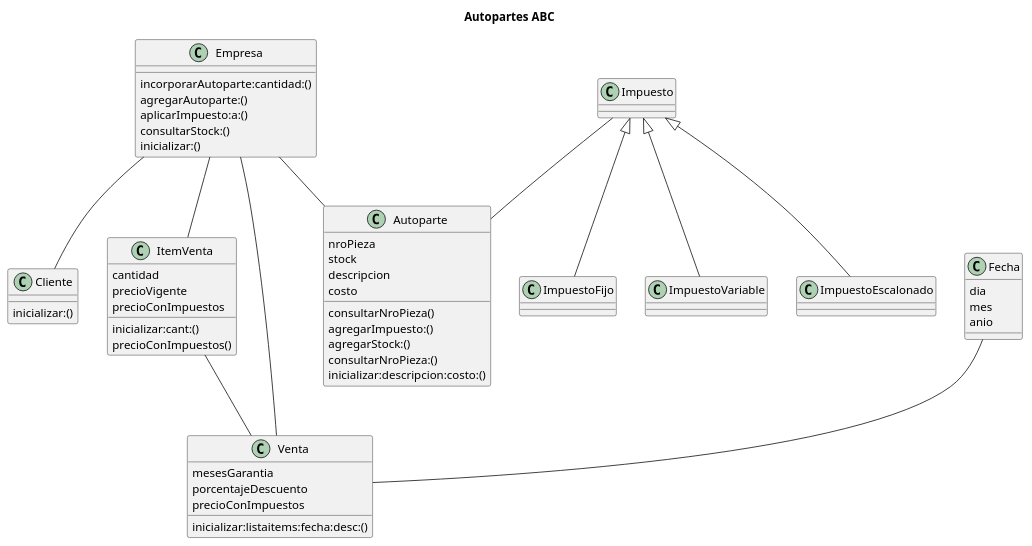
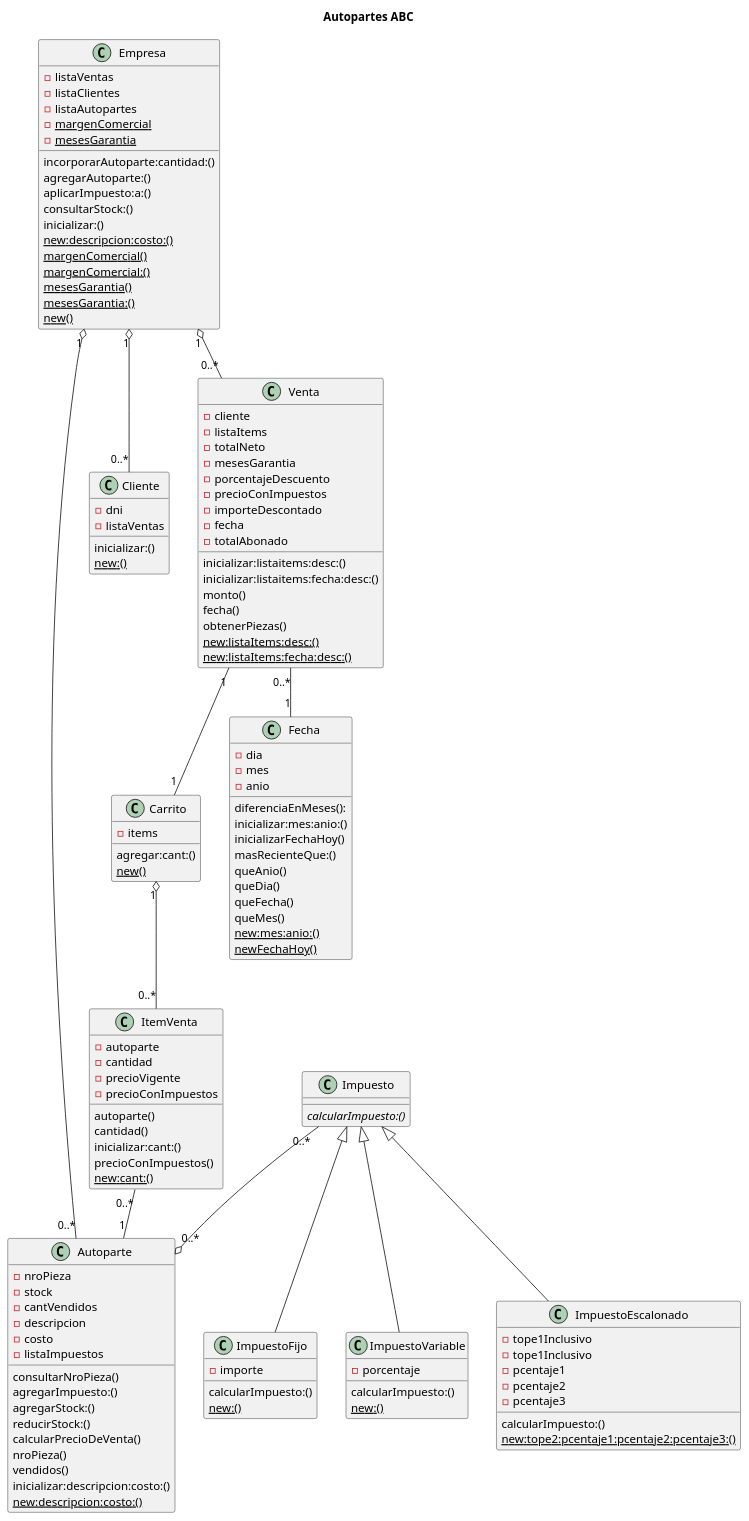
Before and after one commit to fideldalmasso/paradigmas: the diagram in diagrama.puml, drawn with PlantUML. The commit also changed 1 other file, not shown here.

Commit message:
actualiza diagrama

```diff
--- a/diagrama.puml
+++ b/diagrama.puml
@@ -1,73 +1,150 @@
 @startuml
 
 title Autopartes ABC
-
+' skinparam linetype ortho
 
 class Empresa {
+-listaVentas
+-listaClientes
+-listaAutopartes
+-{static}margenComercial
+-{static}mesesGarantia
 incorporarAutoparte:cantidad:()
 agregarAutoparte:()
 aplicarImpuesto:a:()
 consultarStock:()
 inicializar:()
+{static}new:descripcion:costo:()
+{static}margenComercial()
+{static}margenComercial:()
+{static}mesesGarantia()
+{static}mesesGarantia:()
+{static}new()
+
 }
 
 class Autoparte {
-nroPieza
-stock 
-descripcion
-costo
+-nroPieza
+-stock
+-cantVendidos 
+-descripcion
+-costo
+-listaImpuestos
+
 consultarNroPieza()
 agregarImpuesto:()
 agregarStock:()
-consultarNroPieza:()
+reducirStock:()
+calcularPrecioDeVenta()
+nroPieza()
+vendidos()
 inicializar:descripcion:costo:()
+{static}new:descripcion:costo:()
+
 }
 
 class Cliente {
+-dni
+-listaVentas
 inicializar:()
+{static}new:()
 }
 
+class Carrito {
+-items
+agregar:cant:()
+{static}new()
+}
+
+
 class ItemVenta {
-cantidad
-precioVigente
-precioConImpuestos
+-autoparte
+-cantidad
+-precioVigente
+-precioConImpuestos
+autoparte()
+cantidad()
 inicializar:cant:()
 precioConImpuestos()
+{static}new:cant:()
 }
 
 class Venta {
-mesesGarantia
-porcentajeDescuento
-precioConImpuestos
+-cliente
+-listaItems
+-totalNeto
+-mesesGarantia
+-porcentajeDescuento
+-precioConImpuestos
+-importeDescontado
+-fecha
+-totalAbonado
+inicializar:listaitems:desc:()
 inicializar:listaitems:fecha:desc:()
+monto()
+fecha()
+obtenerPiezas()
+{static}new:listaItems:desc:()
+{static}new:listaItems:fecha:desc:()
+
 }
 
 class Fecha {
-dia
-mes
-anio
+-dia
+-mes
+-anio
+diferenciaEnMeses():
+inicializar:mes:anio:()
+inicializarFechaHoy()
+masRecienteQue:()
+queAnio()
+queDia()
+queFecha()
+queMes()
+{static}new:mes:anio:()
+{static}newFechaHoy()
 }
 
 class Impuesto{
-
+{abstract}calcularImpuesto:()
 }
 
-class ImpuestoFijo
-class ImpuestoVariable
-class ImpuestoEscalonado
+class ImpuestoFijo{
+-importe
+calcularImpuesto:()
+{static}new:()
+}
+
+class ImpuestoVariable{
+-porcentaje
+calcularImpuesto:()
+{static}new:()
+}
+
+class ImpuestoEscalonado{
+-tope1Inclusivo 
+-tope1Inclusivo
+-pcentaje1 
+-pcentaje2
+-pcentaje3
+calcularImpuesto:()
+{static}new:tope2:pcentaje1:pcentaje2:pcentaje3:()
+}
 
 
 
-Empresa -- Autoparte
-Empresa -- Cliente
-Empresa -- ItemVenta
-Empresa -- Venta
-ItemVenta -- Venta
-Fecha -- Venta
+Empresa "1" o-- "0..*" Autoparte
+Empresa "1" o-- "0..*" Cliente
+Empresa "1" o-- "0..*" Venta
+Venta "1" -- "1" Carrito
+Carrito "1" o-- "0..*" ItemVenta
+ItemVenta "0..*" -- "1" Autoparte
+Venta "0..*" -- "1"  Fecha
 Impuesto  <|-- ImpuestoFijo
 Impuesto  <|-- ImpuestoVariable
 Impuesto  <|-- ImpuestoEscalonado
-Impuesto  -- Autoparte
+Impuesto  "0..*" --o "0..*" Autoparte
+
 
 
 @enduml
```
